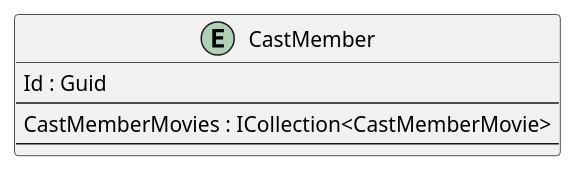
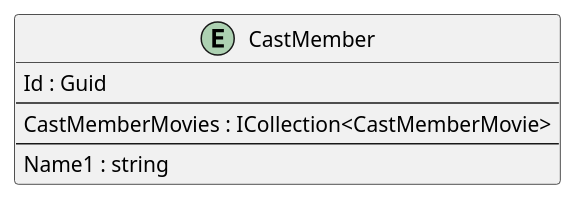
Before and after one commit to intrepion/BlazorWebAppMovies: the diagram in .docs/BlazorWebAppMovies.pu, drawn with PlantUML.

```diff
--- a/.docs/BlazorWebAppMovies.pu
+++ b/.docs/BlazorWebAppMovies.pu
@@ -1,16 +1,17 @@
 @startuml
 
 entity CastMember {
     Id : Guid
     --
     CastMemberMovies : ICollection<CastMemberMovie>
     ' CastMemberKeyCodePlaceholder
     --
+    Name1 : string
     ' CastMemberPropertyCodePlaceholder
 }
 
 ' EntityCodePlaceholder
 
 ' RelationshipCodePlaceholder
 
 @enduml
```
